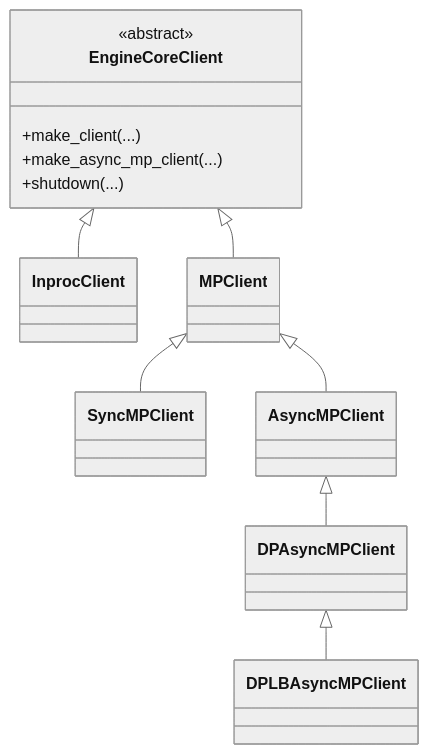
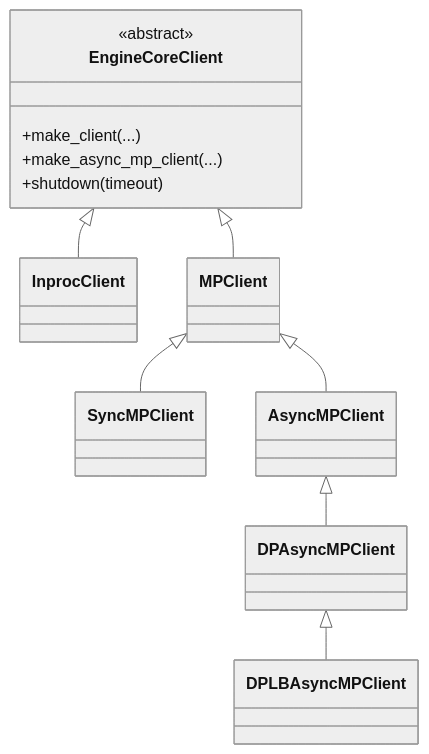
One commit to learning-sketch/wiki changed the first of 2 diagrams in vllm/entities/EngineCoreClient.md. Above: the diagram before and after it, drawn with Mermaid (neutral theme). The commit also changed other lines of this file, not shown here.

````diff
--- a/vllm/entities/EngineCoreClient.md
+++ b/vllm/entities/EngineCoreClient.md
@@ -35,22 +35,22 @@
 ```mermaid
 classDiagram
     class EngineCoreClient {
         <<abstract>>
         +make_client(...)
         +make_async_mp_client(...)
-        +shutdown(...)
+        +shutdown(timeout)
     }
     class InprocClient
     class MPClient
     class SyncMPClient
     class AsyncMPClient
     class DPAsyncMPClient
     class DPLBAsyncMPClient
 
     EngineCoreClient <|-- InprocClient
     EngineCoreClient <|-- MPClient
     MPClient <|-- SyncMPClient
     MPClient <|-- AsyncMPClient
     AsyncMPClient <|-- DPAsyncMPClient
     DPAsyncMPClient <|-- DPLBAsyncMPClient
 ```
````
